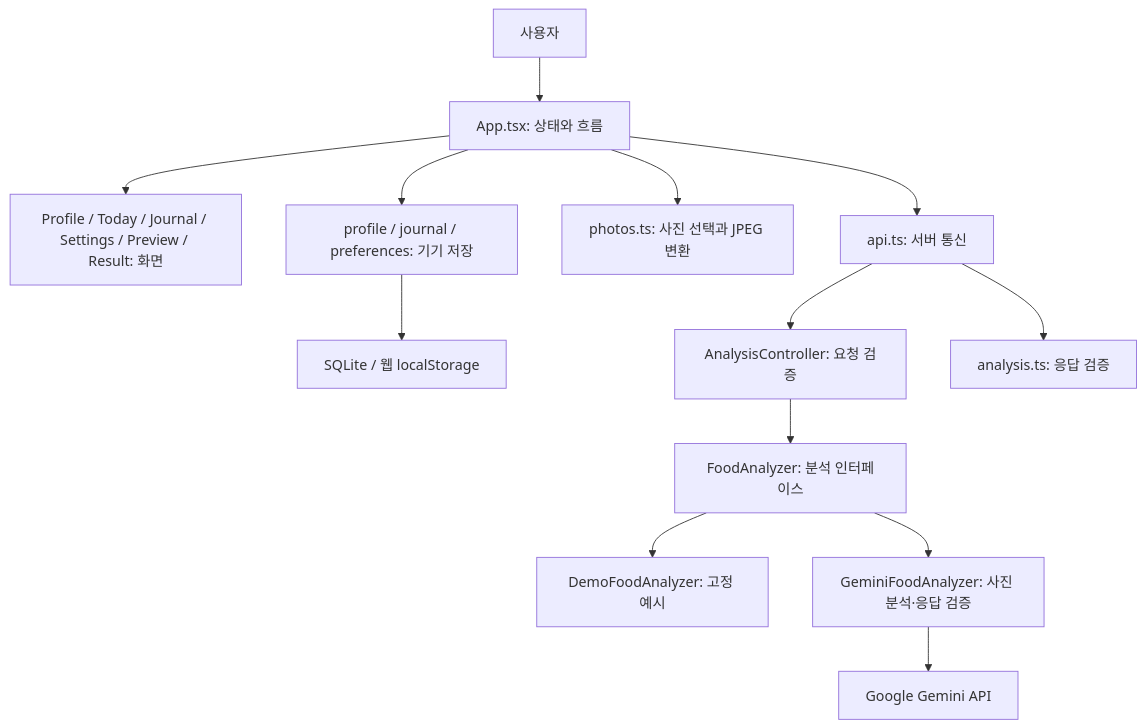
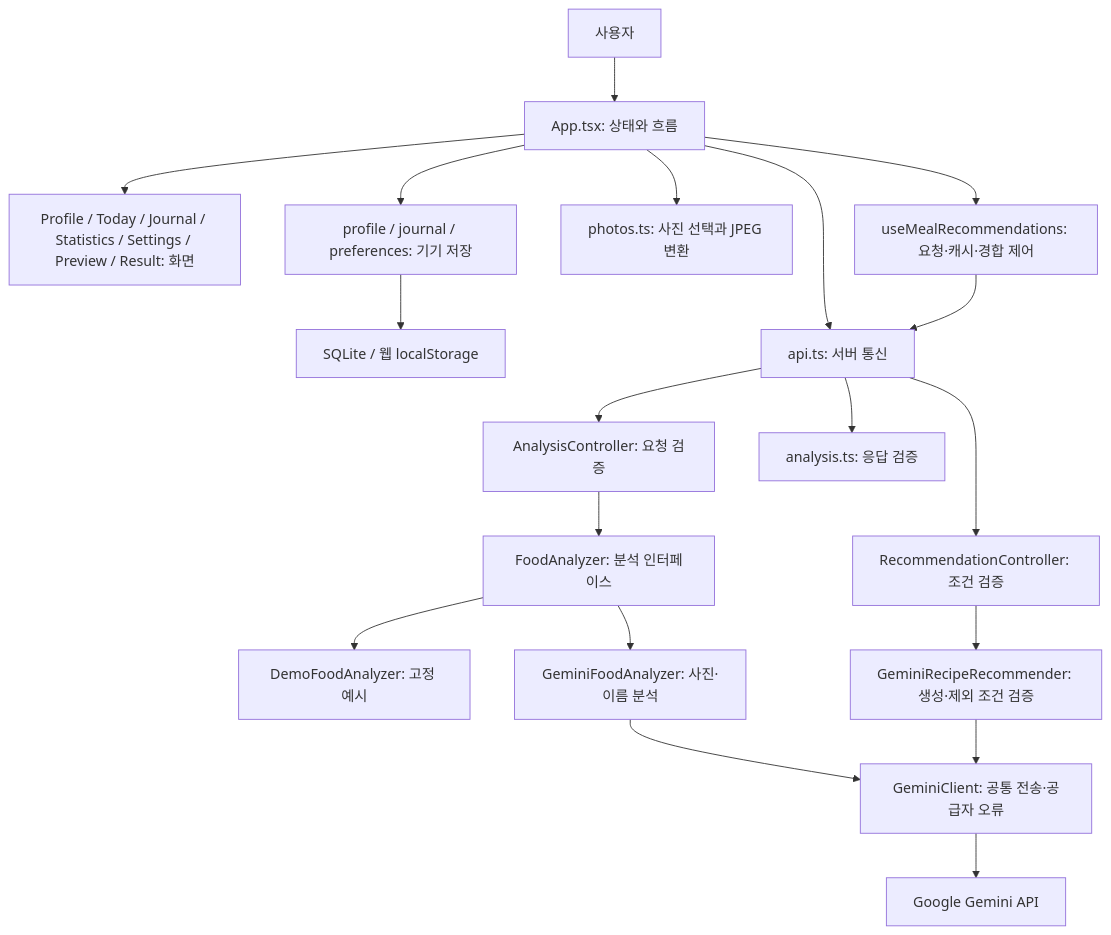
Before and after one commit to youngjoone/BurnKcal: the diagram in docs/ARCHITECTURE.md, drawn with Mermaid. The commit also changed other lines of this file and 6 other files, not shown here.

````diff
--- a/docs/ARCHITECTURE.md
+++ b/docs/ARCHITECTURE.md
@@ -5,15 +5,21 @@
 ```mermaid
 flowchart TD
   User[사용자] --> App[App.tsx: 상태와 흐름]
-  App --> Screens[Profile / Today / Journal / Settings / Preview / Result: 화면]
+  App --> Screens[Profile / Today / Journal / Statistics / Settings / Preview / Result: 화면]
   App --> Storage[profile / journal / preferences: 기기 저장]
   Storage --> SQLite[SQLite / 웹 localStorage]
   App --> Photos[photos.ts: 사진 선택과 JPEG 변환]
   App --> Client[api.ts: 서버 통신]
   Client --> Controller[AnalysisController: 요청 검증]
   Controller --> Analyzer[FoodAnalyzer: 분석 인터페이스]
   Analyzer --> Demo[DemoFoodAnalyzer: 고정 예시]
-  Analyzer --> Gemini[GeminiFoodAnalyzer: 사진 분석·응답 검증]
-  Gemini --> Google[Google Gemini API]
+  Analyzer --> Gemini[GeminiFoodAnalyzer: 사진·이름 분석]
+  Gemini --> Transport[GeminiClient: 공통 전송·공급자 오류]
+  App --> Recommendations[useMealRecommendations: 요청·캐시·경합 제어]
+  Recommendations --> Client
+  Client --> RecipeAPI[RecommendationController: 조건 검증]
+  RecipeAPI --> Recommender[GeminiRecipeRecommender: 생성·제외 조건 검증]
+  Recommender --> Transport
+  Transport --> Google[Google Gemini API]
   Client --> Contract[analysis.ts: 응답 검증]
 ```
````
